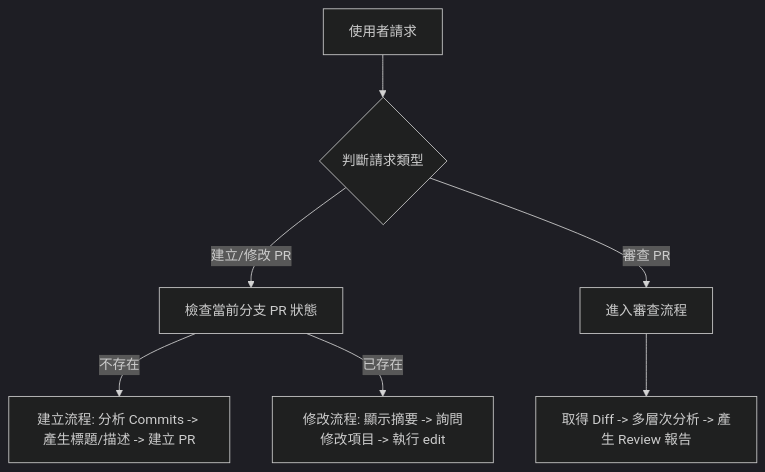
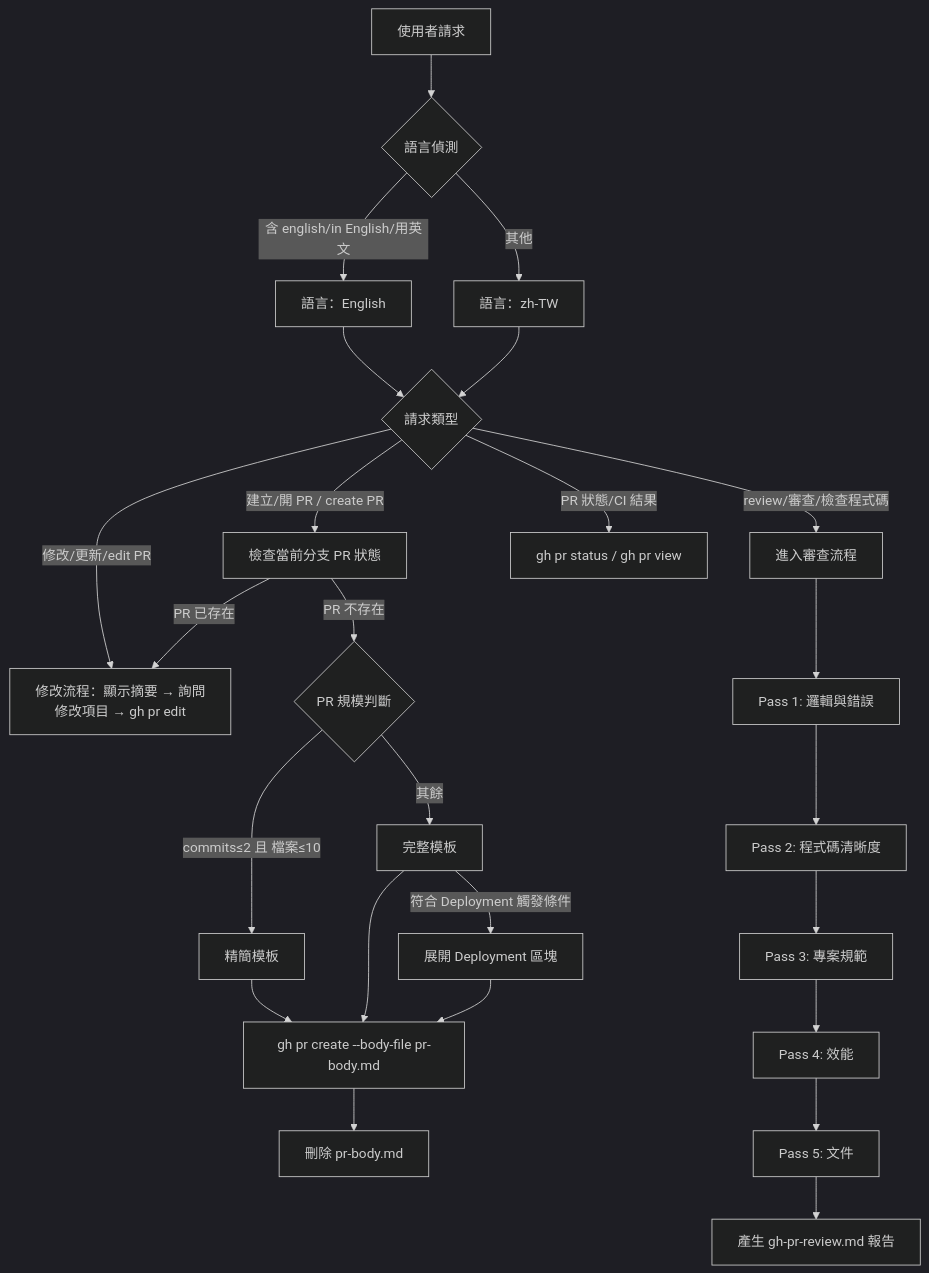
The diagram in plugins/copilot-starter/skills/pull-request/SKILL.md (gn00678465/cc-copilot-plugins), drawn with Mermaid (dark theme) before and after one commit. The commit also changed other lines of this file and 5 other files, not shown here.

````diff
--- a/plugins/copilot-starter/skills/pull-request/SKILL.md
+++ b/plugins/copilot-starter/skills/pull-request/SKILL.md
@@ -21,9 +26,30 @@
 ```mermaid
 graph TD
-    A[使用者請求] --> B{判斷請求類型}
-    B -- 建立/修改 PR --> C[檢查當前分支 PR 狀態]
-    B -- 審查 PR --> D[進入審查流程]
-    C -- 不存在 --> E[建立流程: 分析 Commits -> 產生標題/描述 -> 建立 PR]
-    C -- 已存在 --> F[修改流程: 顯示摘要 -> 詢問修改項目 -> 執行 edit]
-    D --> G[取得 Diff -> 多層次分析 -> 產生 Review 報告]
+    A[使用者請求] --> B{語言偵測}
+    B -- 含 english/in English/用英文 --> LANG_EN[語言：English]
+    B -- 其他 --> LANG_ZH[語言：zh-TW]
+
+    LANG_EN & LANG_ZH --> C{請求類型}
+
+    C -- 建立/開 PR / create PR --> D[檢查當前分支 PR 狀態]
+    C -- review/審查/檢查程式碼 --> R[進入審查流程]
+    C -- 修改/更新/edit PR --> F2[修改流程]
+    C -- PR 狀態/CI 結果 --> S[gh pr status / gh pr view]
+
+    D -- PR 不存在 --> E{PR 規模判斷}
+    D -- PR 已存在 --> F2[修改流程：顯示摘要 → 詢問修改項目 → gh pr edit]
+
+    E -- commits≤2 且 檔案≤10 --> G[精簡模板]
+    E -- 其餘 --> H[完整模板]
+    H -- 符合 Deployment 觸發條件 --> H2[展開 Deployment 區塊]
+
+    G & H & H2 --> I[gh pr create --body-file pr-body.md]
+    I --> CLEAN[刪除 pr-body.md]
+
+    R --> P1[Pass 1: 邏輯與錯誤]
+    P1 --> P2[Pass 2: 程式碼清晰度]
+    P2 --> P3[Pass 3: 專案規範]
+    P3 --> P4[Pass 4: 效能]
+    P4 --> P5[Pass 5: 文件]
+    P5 --> RPT[產生 gh-pr-review.md 報告]
 ```
````
